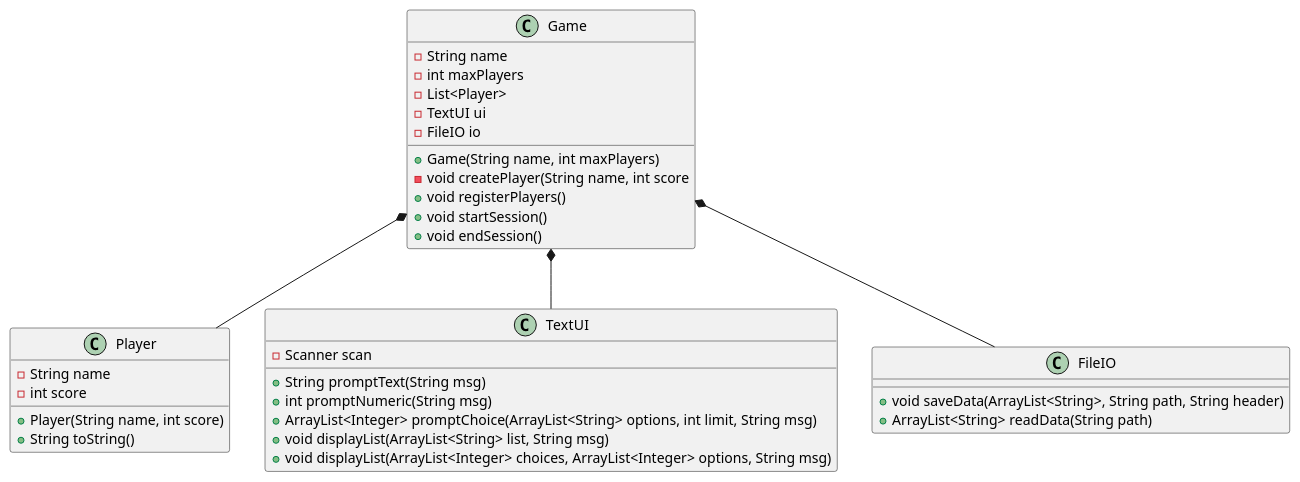
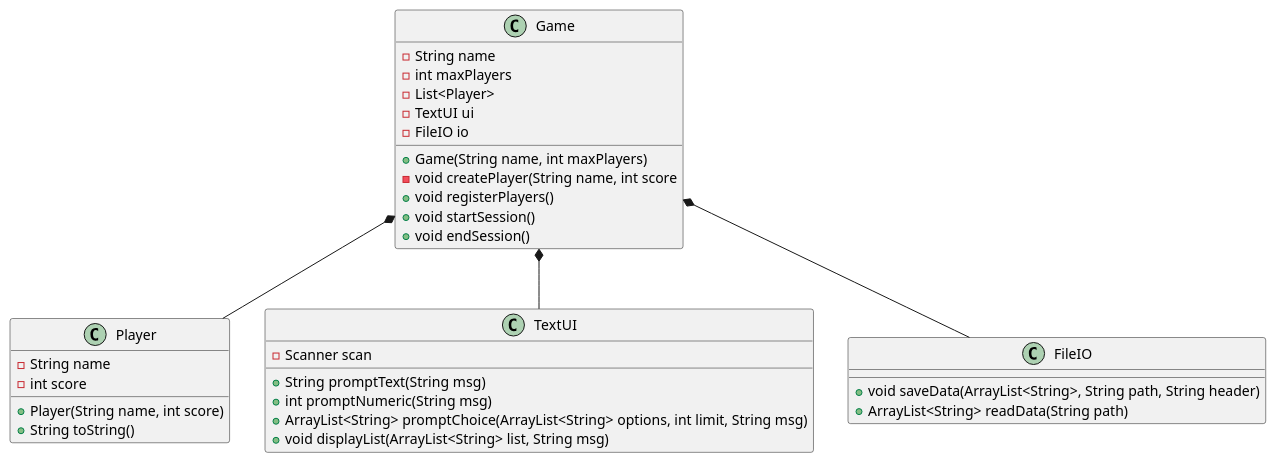
The diagram in Doc/classdiagram_v3.puml (Eligoon/Game), drawn with PlantUML before and after one commit. The commit also changed 1 other file, not shown here.

```diff
--- a/Doc/classdiagram_v3.puml
+++ b/Doc/classdiagram_v3.puml
@@ -1,53 +1,52 @@
 @startuml
 'https://plantuml.com/class-diagram
 
 class Game
 class Player
 
 
 Game *-- Player
 Game *-- TextUI
 
 Game *-- FileIO
 
 
 
 class Game {
 - String name
 - int maxPlayers
 - List<Player>
 - TextUI ui
 - FileIO io
 + Game(String name, int maxPlayers)
 - void createPlayer(String name, int score
 + void registerPlayers()
 + void startSession()
 + void endSession()
 
 }
 class Player {
 - String name
 - int score
 + Player(String name, int score)
 + String toString()
 }
 
 class TextUI {
 - Scanner scan
 ' shows a message and returns the user's input as a String
 + String promptText(String msg)
 ' shows a message and returns the user's input as an integer
 + int promptNumeric(String msg)
 ' shows the options, promts for choices until limit is reached, and returns the user's choices as a list
-+ ArrayList<Integer> promptChoice(ArrayList<String> options, int limit, String msg)
++ ArrayList<String> promptChoice(ArrayList<String> options, int limit, String msg)
 ' shows a message and lists the content of a list
 + void displayList(ArrayList<String> list, String msg)
-+ void displayList(ArrayList<Integer> choices, ArrayList<Integer> options, String msg)
 }
 
 class FileIO{
 + void saveData(ArrayList<String>, String path, String header)
 + ArrayList<String> readData(String path)
 }
 
 @enduml
```
